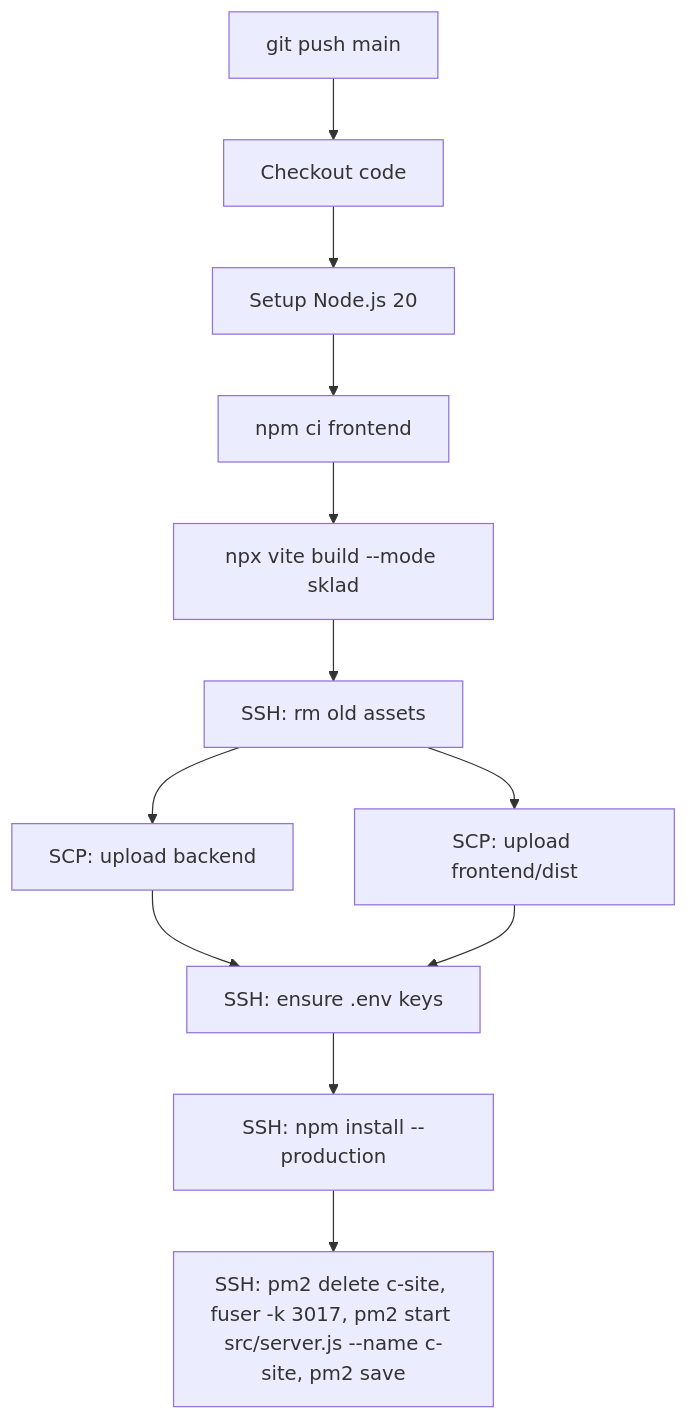
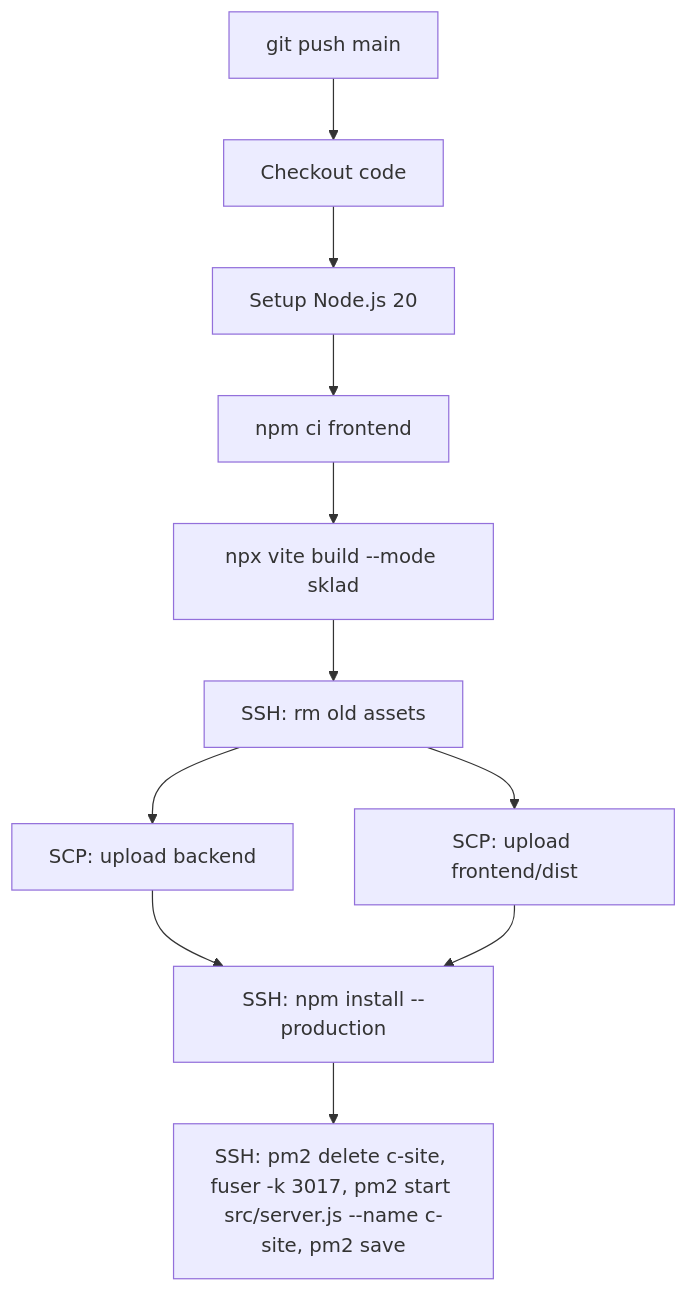
Before and after one commit to arra123/Sklad_control: the diagram in docs/Архитектура/Деплой.md, drawn with Mermaid. The commit also changed other lines of this file and 36 other files, not shown here.

````diff
--- a/docs/Архитектура/Деплой.md
+++ b/docs/Архитектура/Деплой.md
@@ -21,14 +21,13 @@
 ```mermaid
 graph TD
     Push[git push main] --> Checkout[Checkout code]
     Checkout --> Setup[Setup Node.js 20]
     Setup --> Install[npm ci frontend]
     Install --> Build["npx vite build --mode sklad"]
     Build --> Clean[SSH: rm old assets]
     Clean --> Upload1[SCP: upload backend]
     Clean --> Upload2[SCP: upload frontend/dist]
-    Upload1 --> Env[SSH: ensure .env keys]
-    Upload2 --> Env
-    Env --> Deps["SSH: npm install --production"]
+    Upload1 --> Deps["SSH: npm install --production"]
+    Upload2 --> Deps
     Deps --> Restart["SSH: pm2 delete c-site, fuser -k 3017, pm2 start src/server.js --name c-site, pm2 save"]
 ```
````
